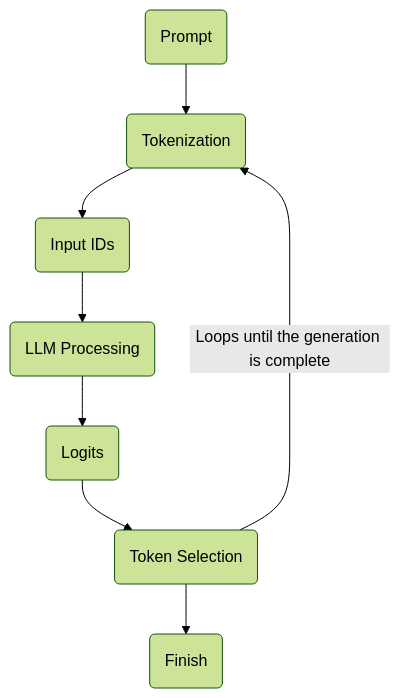
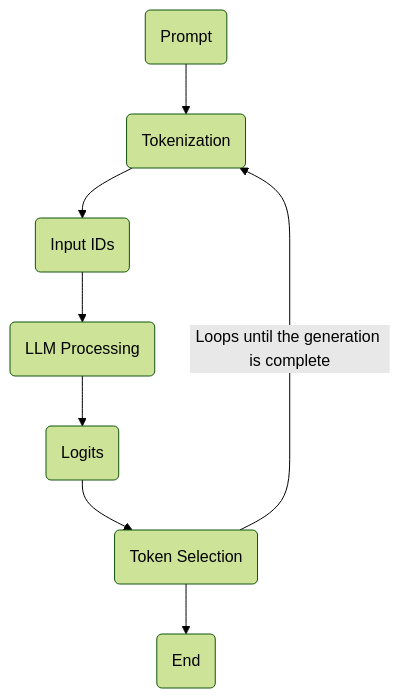
One commit to noemiepi/Call_Me_Maybe changed the first of 2 diagrams in README.md. Above: the diagram before and after it, drawn with Mermaid (forest theme). The commit also changed other lines of this file, not shown here.

Commit message:
Fix: small changes in the README

````diff
--- a/README.md
+++ b/README.md
@@ -78,10 +78,10 @@
 ```mermaid
 flowchart TD
     A(Prompt) --> B(Tokenization)
     B --> C(Input IDs)
     C --> D(LLM Processing)
     D --> E(Logits)
     E --> F(Token Selection)
     F -->|Loops until the generation is complete| B
-    F --> G(Finish)
+    F --> G(End)
 ```
````
